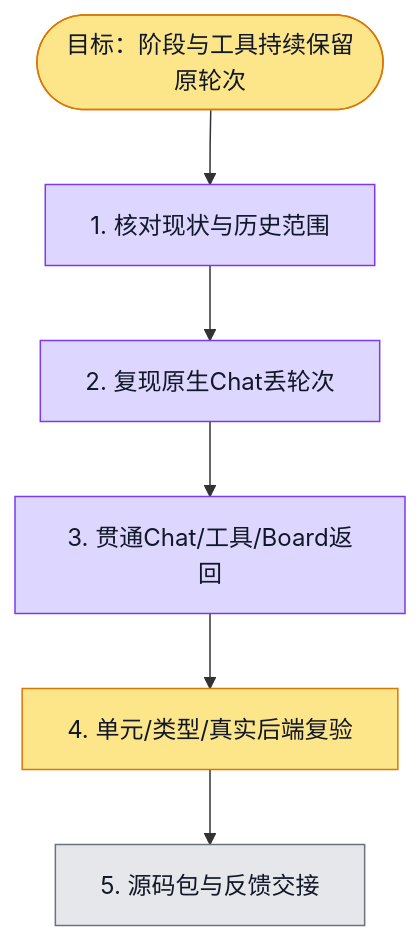
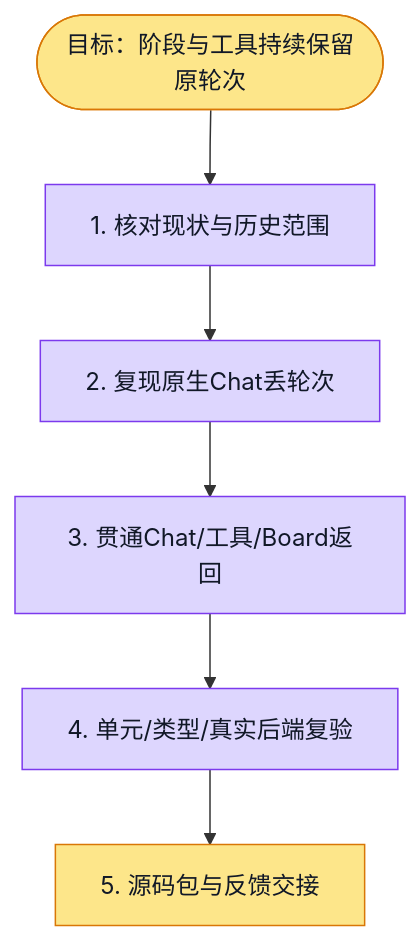
One commit to boardx/workspacex changed the diagram in docs/evidence/aidt-native/round-context/execution.plan.md. Above: the diagram before and after it, drawn with Mermaid. The commit also changed 13 other files, not shown here.

````diff
--- a/docs/evidence/aidt-native/round-context/execution.plan.md
+++ b/docs/evidence/aidt-native/round-context/execution.plan.md
@@ -17,27 +17,28 @@
 ```mermaid
 flowchart TD
   G([目标：阶段与工具持续保留原轮次])
   S1[1. 核对现状与历史范围]
   S2[2. 复现原生Chat丢轮次]
   S3[3. 贯通Chat/工具/Board返回]
   S4[4. 单元/类型/真实后端复验]
   S5[5. 源码包与反馈交接]
 
   G --> S1 --> S2 --> S3 --> S4 --> S5
 
   classDef todo fill:#e5e7eb,stroke:#6b7280,color:#111827
   classDef doing fill:#fde68a,stroke:#d97706,color:#111827
   classDef done fill:#bbf7d0,stroke:#16a34a,color:#111827
   classDef tested fill:#ddd6fe,stroke:#7c3aed,color:#111827
   classDef blocked fill:#fecaca,stroke:#dc2626,color:#111827
 
   class G doing
   class S1 tested
   %% evidence S1: 已核对当前分支、无重复活动Agent及历史课程边界；source-intake.md
   class S2 tested
   %% evidence S2: reproduced-failure.txt 证明旧代码丢失反思版本
   class S3 tested
   %% evidence S3: targeted-tests.txt：83项；web-tests.txt：501项；类型、设计及ESLint通过
-  class S4 doing
-  class S5 todo
+  class S4 tested
+  %% evidence S4: native/test-results.json：1完整通过/双停启，501 Web与38 Runtime；verification.md
+  class S5 doing
 ```
````
